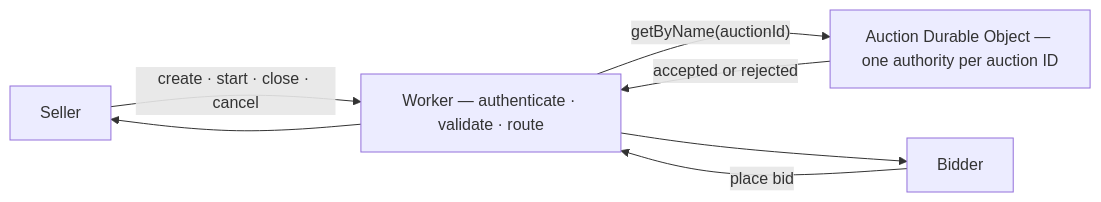
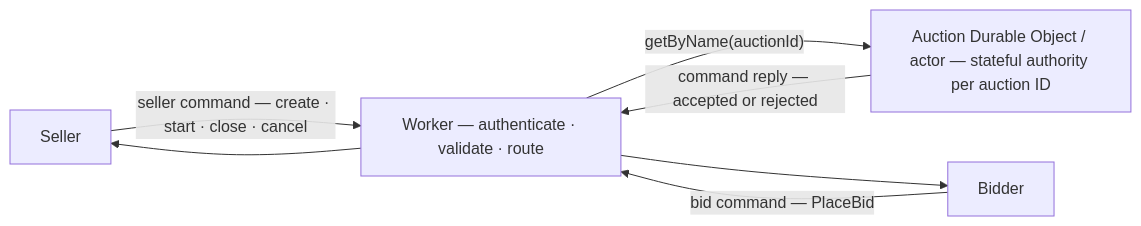
Before and after one commit to aranlucas/live-auction: the second of 12 diagrams in SYSTEM_DESIGN.md, drawn with Mermaid. The commit also changed other lines of this file, not shown here.

````diff
--- a/SYSTEM_DESIGN.md
+++ b/SYSTEM_DESIGN.md
@@ -316,14 +175,14 @@
 ```mermaid
 flowchart LR
     Seller[Seller]
     Bidder[Bidder]
     Worker["Worker — authenticate · validate · route"]
-    Auction["Auction Durable Object — one authority per auction ID"]
+    Auction["Auction Durable Object / actor — stateful authority per auction ID"]
 
-    Seller -->|"create · start · close · cancel"| Worker
-    Bidder -->|place bid| Worker
+    Seller -->|"seller command — create · start · close · cancel"| Worker
+    Bidder -->|"bid command — PlaceBid"| Worker
     Worker -->|"getByName(auctionId)"| Auction
-    Auction -->|accepted or rejected| Worker
+    Auction -->|"command reply — accepted or rejected"| Worker
     Worker --> Seller
     Worker --> Bidder
 ```
````
